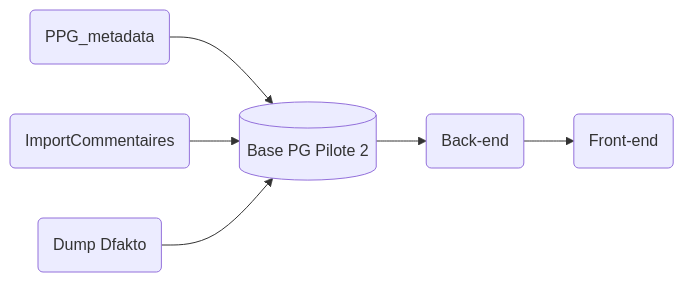
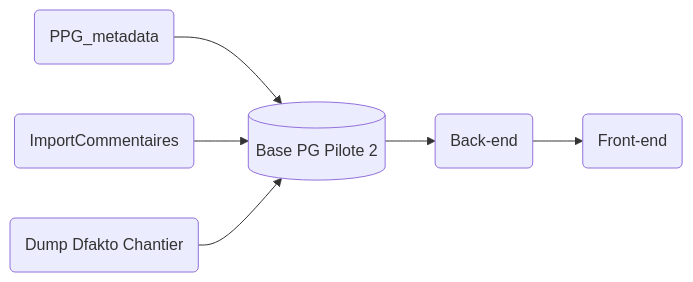
One commit to DITP-pilotage/pilote-2 changed the first of 5 diagrams in data_management/README.md. Above: the diagram before and after it, drawn with Mermaid. The commit also changed other lines of this file and 8 other files, not shown here.

Commit message:
refactor: ajout de graphes pour documenter les flux sur les PS dans le readme (457)

````diff
--- a/data_management/README.md
+++ b/data_management/README.md
@@ -248,7 +249,7 @@
 ``` mermaid
 graph LR
 PM(PPG_metadata) --> PG[(Base PG Pilote 2)]
 PT(ImportCommentaires) --> PG[(Base PG Pilote 2)]
-DFAK(Dump Dfakto) --> PG
+DFAK(Dump Dfakto Chantier) --> PG
 PG --> BE(Back-end) --> FE(Front-end)
 ```
````
